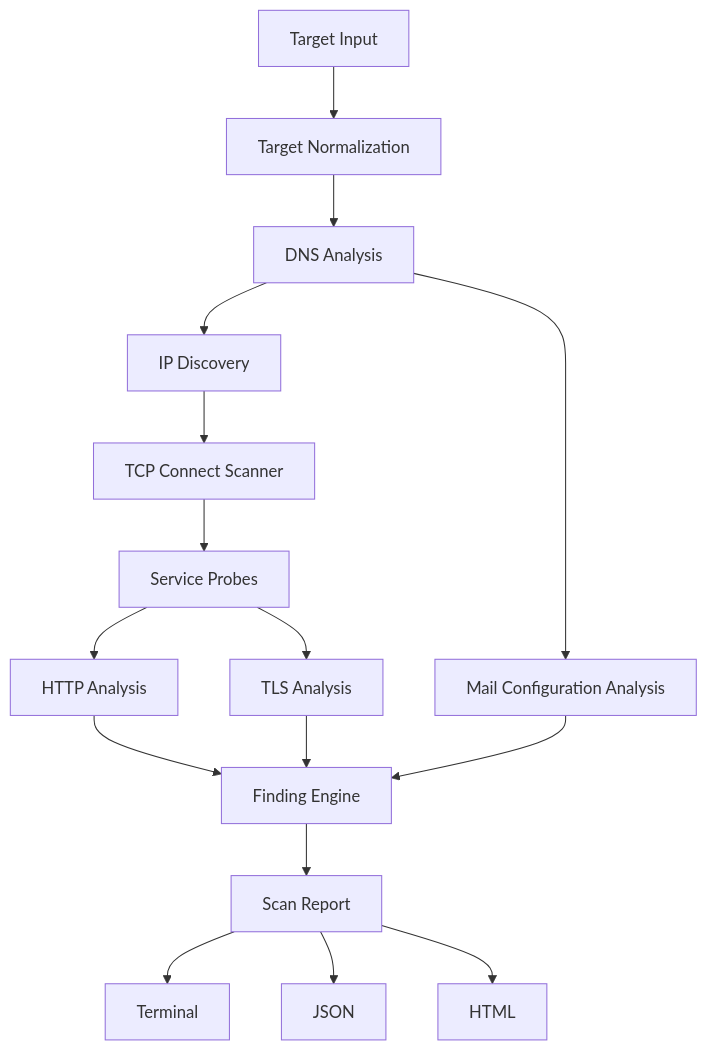
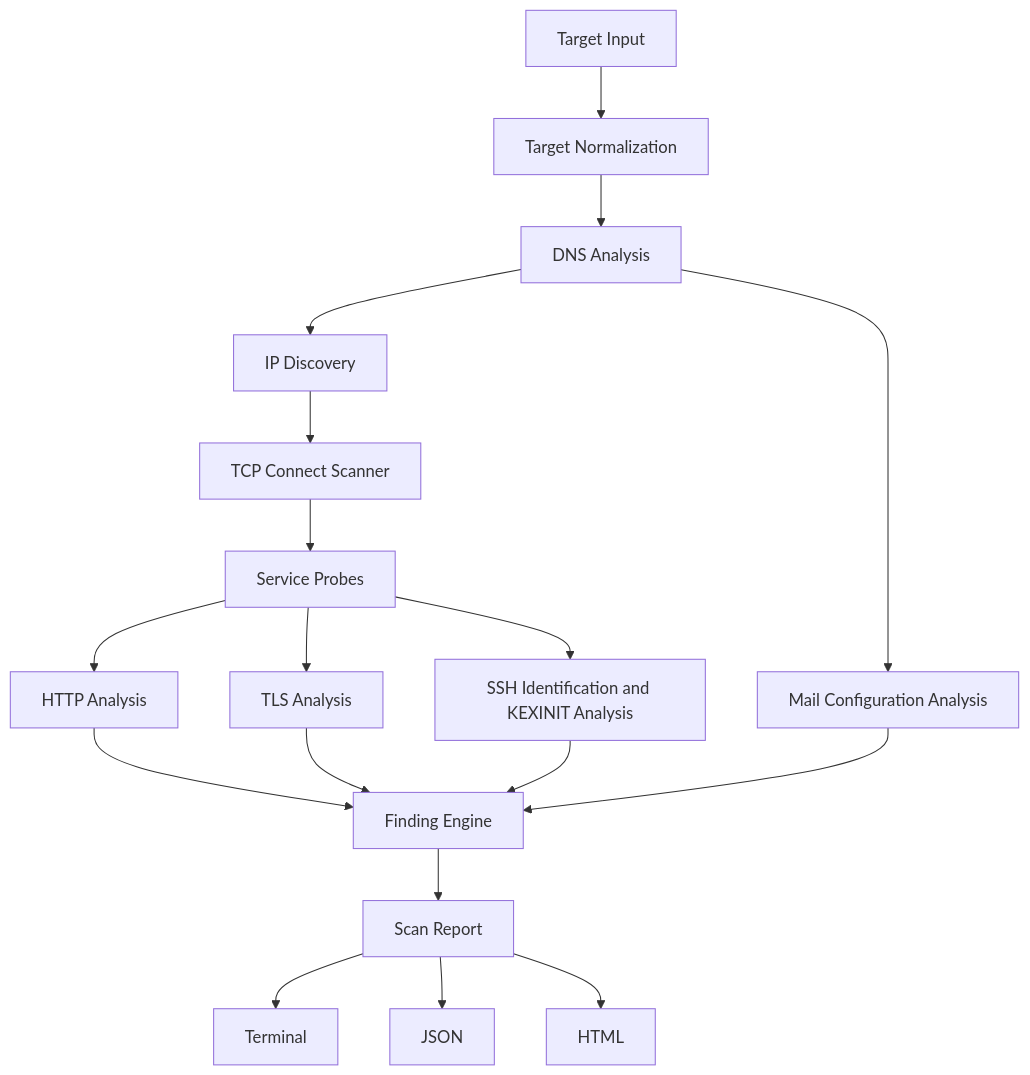
One commit to bxn-dev/surface changed the diagram in README.md. Above: the diagram before and after it, drawn with Mermaid. The commit also changed other lines of this file and 7 other files, not shown here.

````diff
--- a/README.md
+++ b/README.md
@@ -117,18 +118,20 @@
 ```mermaid
 flowchart TD
     A[Target Input] --> B[Target Normalization]
     B --> C[DNS Analysis]
     C --> D[IP Discovery]
     D --> E[TCP Connect Scanner]
     E --> F[Service Probes]
     F --> G[HTTP Analysis]
     F --> H[TLS Analysis]
+    F --> S[SSH Identification and KEXINIT Analysis]
     C --> I[Mail Configuration Analysis]
     G --> J[Finding Engine]
     H --> J
+    S --> J
     I --> J
     J --> K[Scan Report]
     K --> L[Terminal]
     K --> M[JSON]
     K --> N[HTML]
 ```
````
